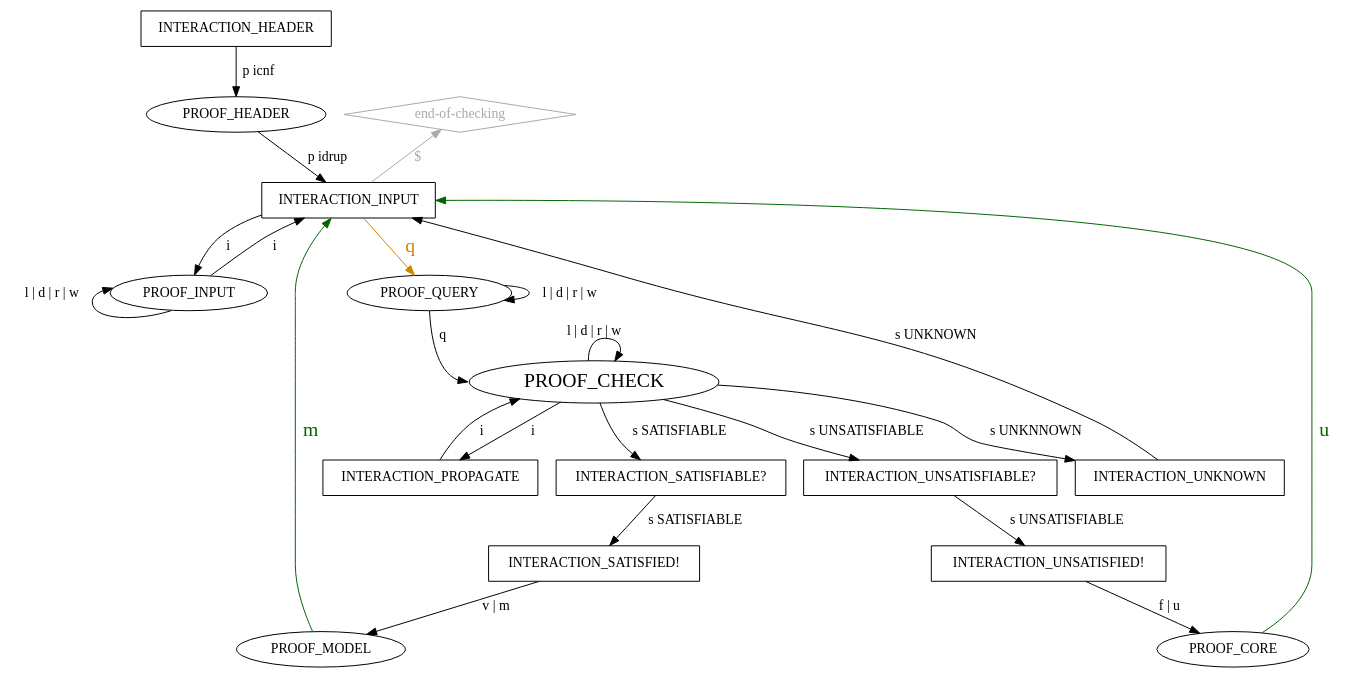
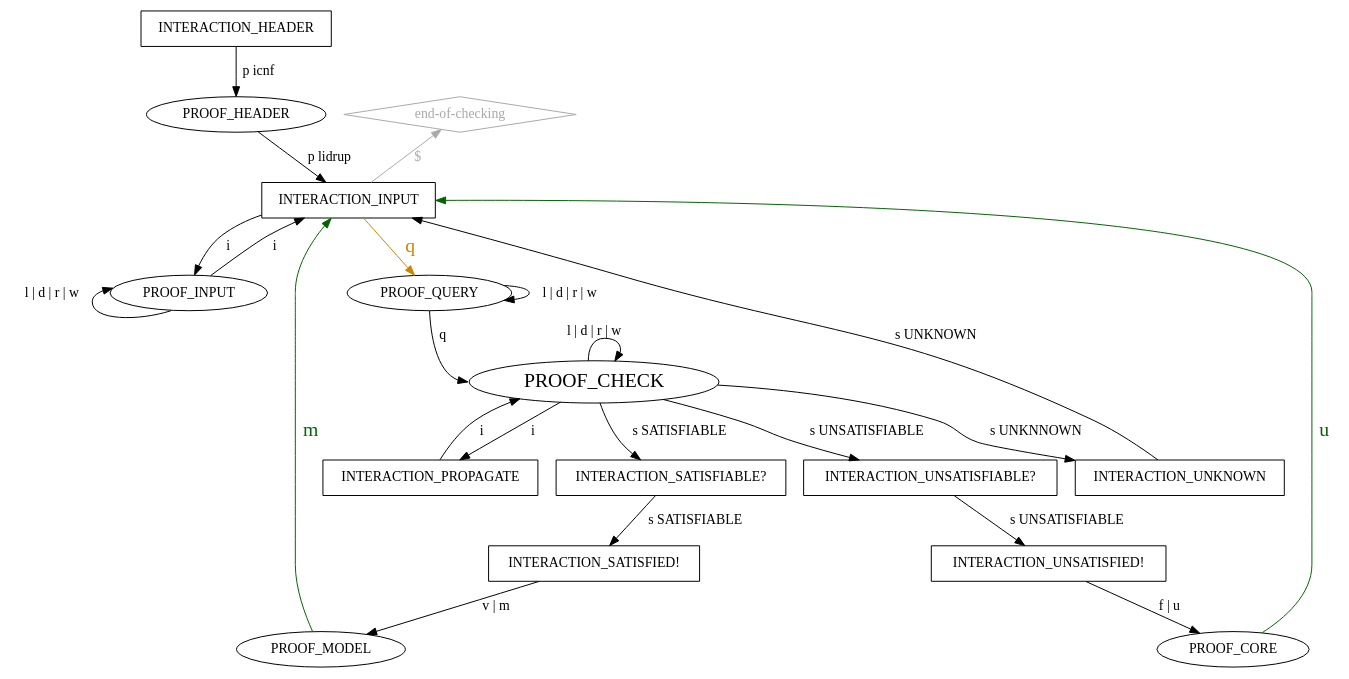
The diagram in lidrup-check-pedantic.dot (arminbiere/lidrup-check), drawn with Graphviz before and after one commit. The commit also changed 11 other files, not shown here.

```diff
--- a/lidrup-check-pedantic.dot
+++ b/lidrup-check-pedantic.dot
@@ -1,47 +1,47 @@
-digraph "idrup-check" {
+digraph "lidrup-check" {
 
   INTERACTION_HEADER [shape=box];
   INTERACTION_HEADER -> PROOF_HEADER [label=" p icnf"];
-  PROOF_HEADER -> INTERACTION_INPUT [label=" p idrup"];
+  PROOF_HEADER -> INTERACTION_INPUT [label=" p lidrup"];
 
   "end-of-checking" [shape=diamond,color=darkgray,fontcolor=darkgray];
   "end-of-checking" -> INTERACTION_INPUT [label="$    ",dir=back,color=darkgray,fontcolor=darkgray];
 
   INTERACTION_INPUT [shape=box];
   INTERACTION_INPUT -> PROOF_INPUT [label=" i "];
   INTERACTION_INPUT -> PROOF_QUERY [label=" q ",color=orange3,fontsize=20,fontcolor=orange3];
 
   PROOF_INPUT -> INTERACTION_INPUT [label=" i "];
   PROOF_INPUT:sw -> PROOF_INPUT [label=" l | d | r | w "];
 
   PROOF_QUERY -> PROOF_CHECK:w [label=" q "];
   PROOF_QUERY -> PROOF_QUERY [label=" l | d | r | w "];
 
   PROOF_CHECK [fontsize=20];
   PROOF_CHECK:_ -> PROOF_CHECK:ne [label=" l | d | r | w "];
   PROOF_CHECK -> INTERACTION_PROPAGATE [label=" i "];
   PROOF_CHECK -> INTERACTION_SATISFIABLE [label=" s SATISFIABLE "];
   PROOF_CHECK -> INTERACTION_UNSATISFIABLE [label=" s UNSATISFIABLE "];
   PROOF_CHECK -> INTERACTION_UNKNOWN [label=" s UNKNNOWN "];
 
   INTERACTION_PROPAGATE [shape=box];
   INTERACTION_PROPAGATE -> PROOF_CHECK [label=" i "];
 
   INTERACTION_UNSATISFIABLE [shape="box",label="INTERACTION_UNSATISFIABLE?"];
   INTERACTION_UNSATISFIABLE -> INTERACTION_UNSATISFIED [label=" s UNSATISFIABLE "];
 
   INTERACTION_SATISFIABLE [shape="box",label="INTERACTION_SATISFIABLE?"];
   INTERACTION_SATISFIABLE -> INTERACTION_SATISFIED [label=" s SATISFIABLE "];
 
   INTERACTION_SATISFIED [shape=box,label="INTERACTION_SATISFIED!"];
   INTERACTION_SATISFIED -> PROOF_MODEL [label=" v | m "];
 
   INTERACTION_UNSATISFIED [shape=box,label="INTERACTION_UNSATISFIED!"];
   INTERACTION_UNSATISFIED -> PROOF_CORE [label=" f | u "];
 
   INTERACTION_UNKNOWN [shape=box];
   INTERACTION_UNKNOWN -> INTERACTION_INPUT [label="s UNKNOWN"];
 
   PROOF_MODEL -> INTERACTION_INPUT [label=" m ",color=darkgreen,fontsize=20,fontcolor=darkgreen];
   PROOF_CORE -> INTERACTION_INPUT [label=" u ",color=darkgreen,fontsize=20,fontcolor=darkgreen];
 }
```
